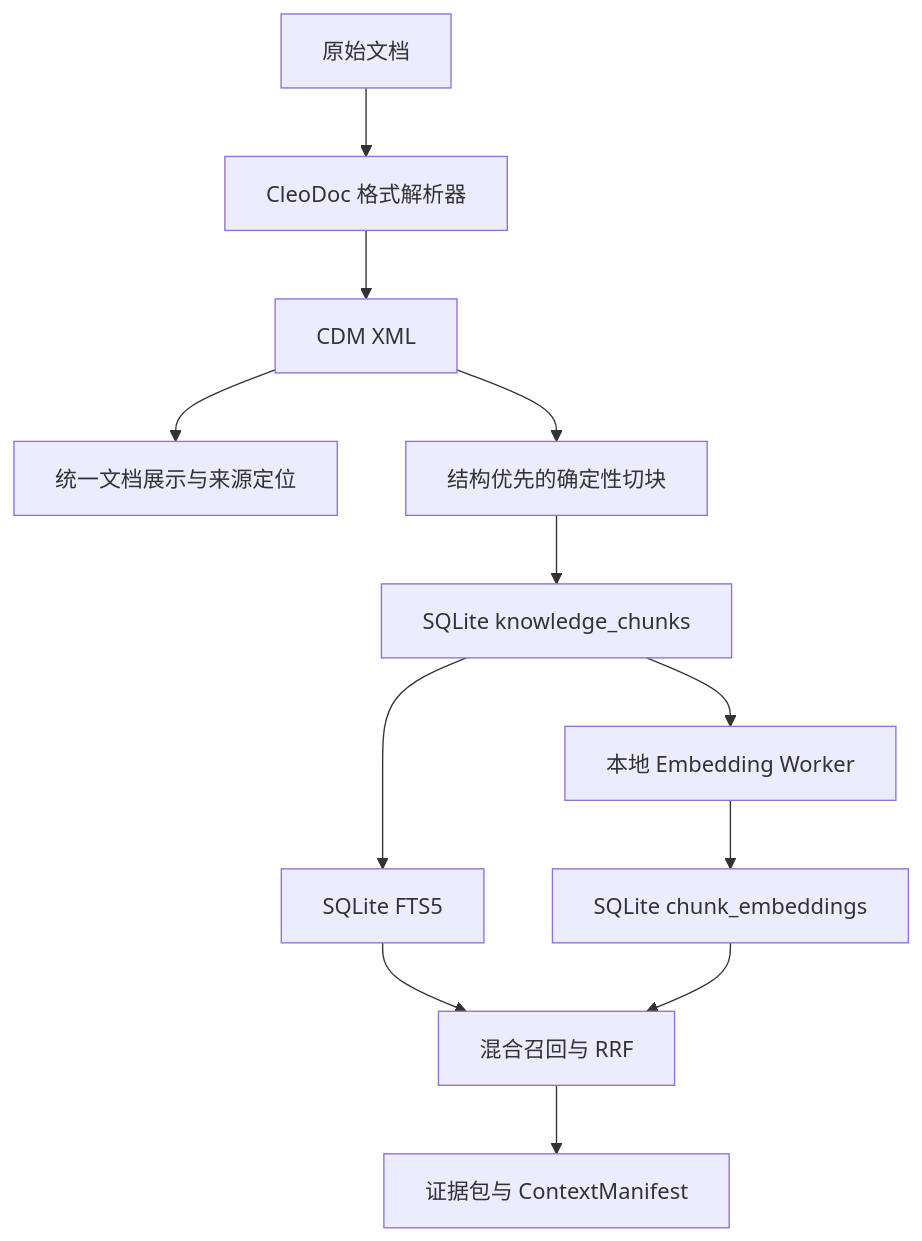
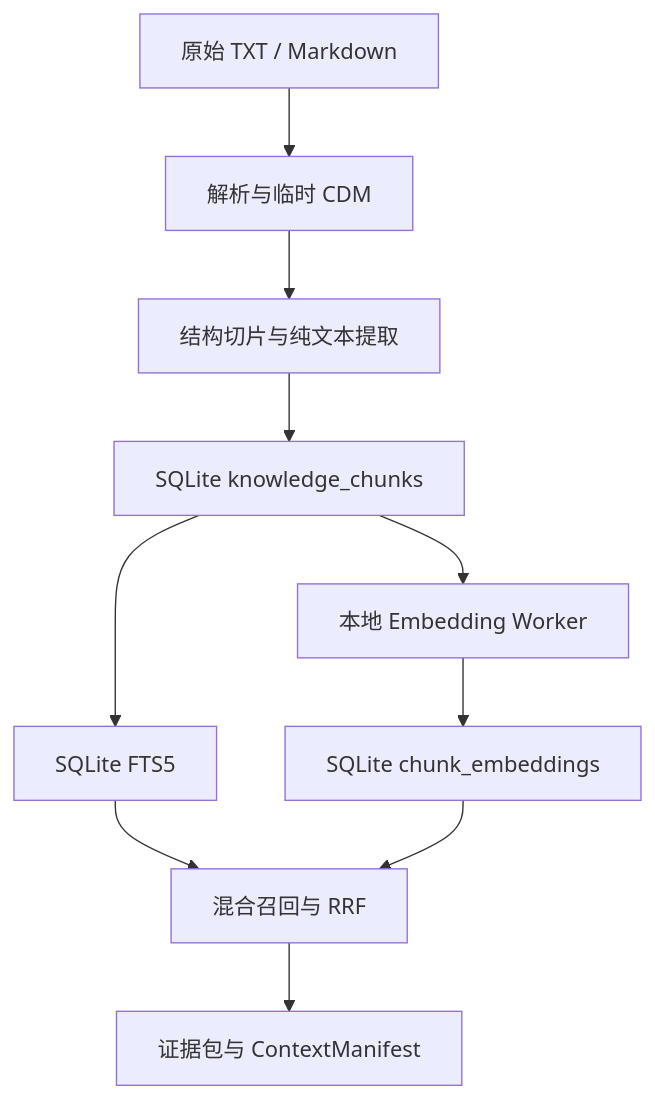
The first of 2 diagrams in docs/LOCAL_RAG_INGESTION_DESIGN.md (Mengman/CleoDoc), drawn with Mermaid before and after one commit. The commit also changed other lines of this file and 8 other files, not shown here.

````diff
--- a/docs/LOCAL_RAG_INGESTION_DESIGN.md
+++ b/docs/LOCAL_RAG_INGESTION_DESIGN.md
@@ -43,14 +43,12 @@
 ```mermaid
 flowchart TD
-    SOURCE["原始文档"] --> PARSER["CleoDoc 格式解析器"]
-    PARSER --> CDM["CDM XML"]
-    CDM --> VIEW["统一文档展示与来源定位"]
-    CDM --> CHUNKER["结构优先的确定性切块"]
+    SOURCE["原始 TXT / Markdown"] --> PARSER["解析与临时 CDM"]
+    PARSER --> CHUNKER["结构切片与纯文本提取"]
     CHUNKER --> CHUNKS["SQLite knowledge_chunks"]
     CHUNKS --> FTS["SQLite FTS5"]
     CHUNKS --> EMBEDDER["本地 Embedding Worker"]
     EMBEDDER --> VECTORS["SQLite chunk_embeddings"]
     FTS --> FUSION["混合召回与 RRF"]
     VECTORS --> FUSION
     FUSION --> EVIDENCE["证据包与 ContextManifest"]
 ```
````
